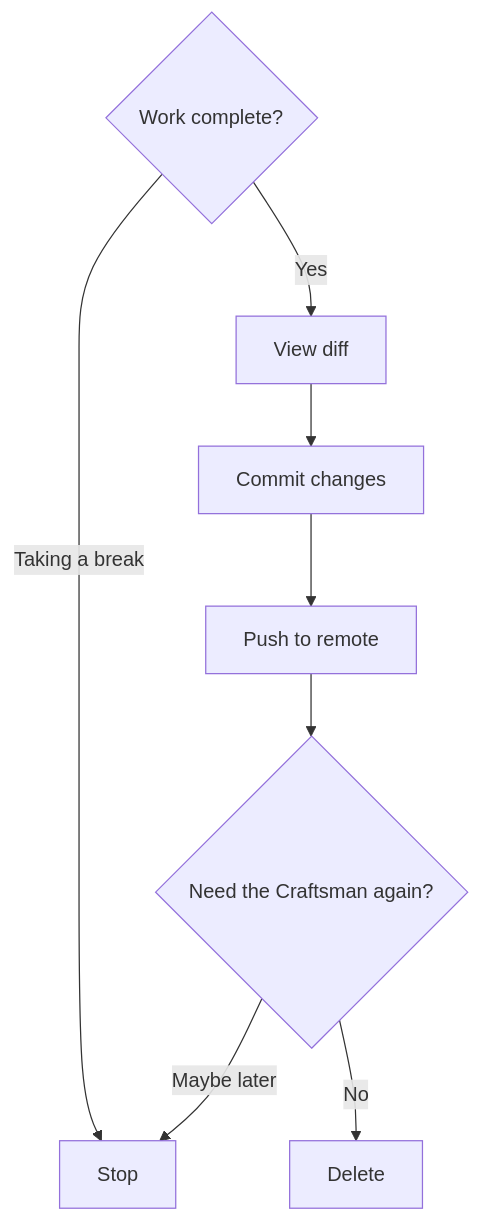
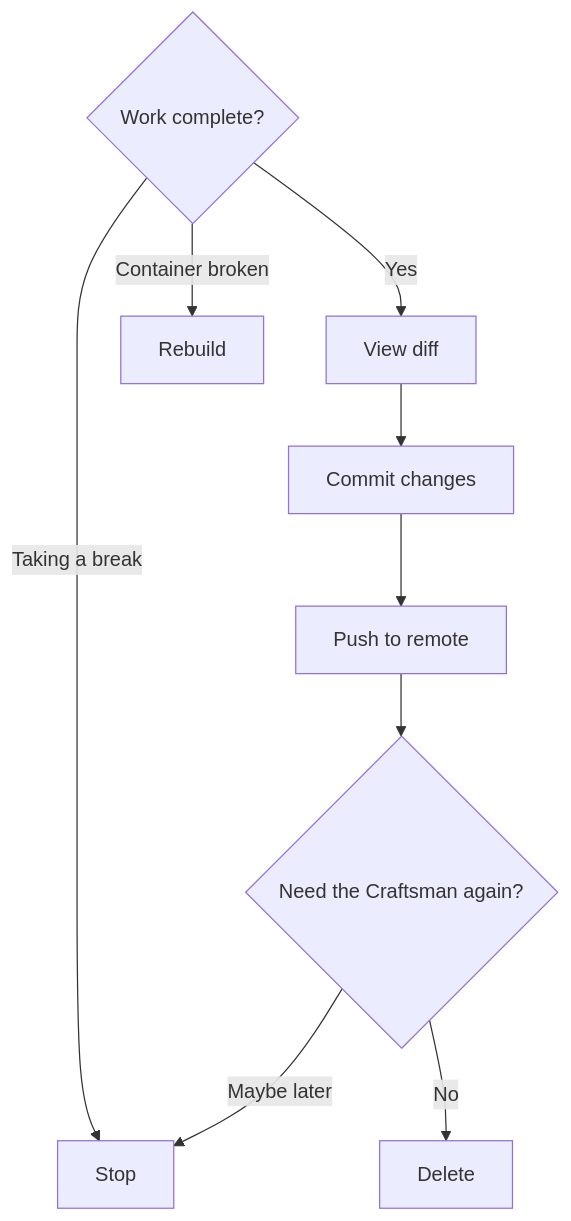
One commit to marcus-gc/workshop changed the sixth of 6 diagrams in documentation/workflows/relieving_a_craftsman.md. Above: the diagram before and after it, drawn with Mermaid. The commit also changed other lines of this file and 10 other files, not shown here.

````diff
--- a/documentation/workflows/relieving_a_craftsman.md
+++ b/documentation/workflows/relieving_a_craftsman.md
@@ -129,14 +177,15 @@
 ```mermaid
 flowchart TD
   A{Work complete?} -->|Yes| B[View diff]
   B --> C[Commit changes]
   C --> D[Push to remote]
   D --> E{Need the Craftsman again?}
   E -->|Maybe later| F[Stop]
   E -->|No| G[Delete]
+  A -->|Container broken| H[Rebuild]
   A -->|Taking a break| F
 
-  click B href "#" "server/src/services/docker.ts:206-213"
-  click C href "#" "server/src/services/docker.ts:215-232"
-  click D href "#" "server/src/services/docker.ts:234-244"
+  click B href "#" "server/src/services/docker.ts:413-420"
+  click C href "#" "server/src/services/docker.ts:422-439"
+  click D href "#" "server/src/services/docker.ts:441-451"
 ```
````
